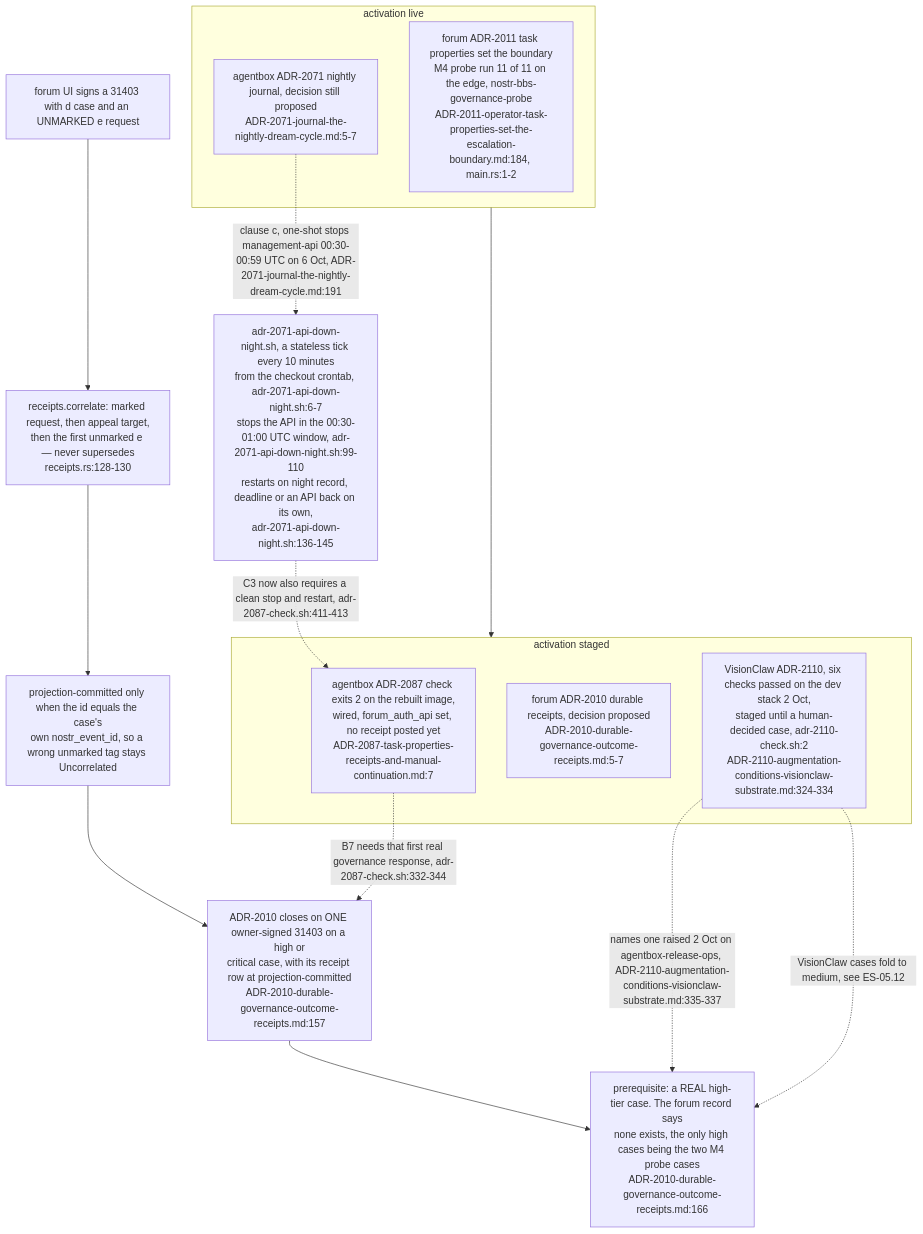
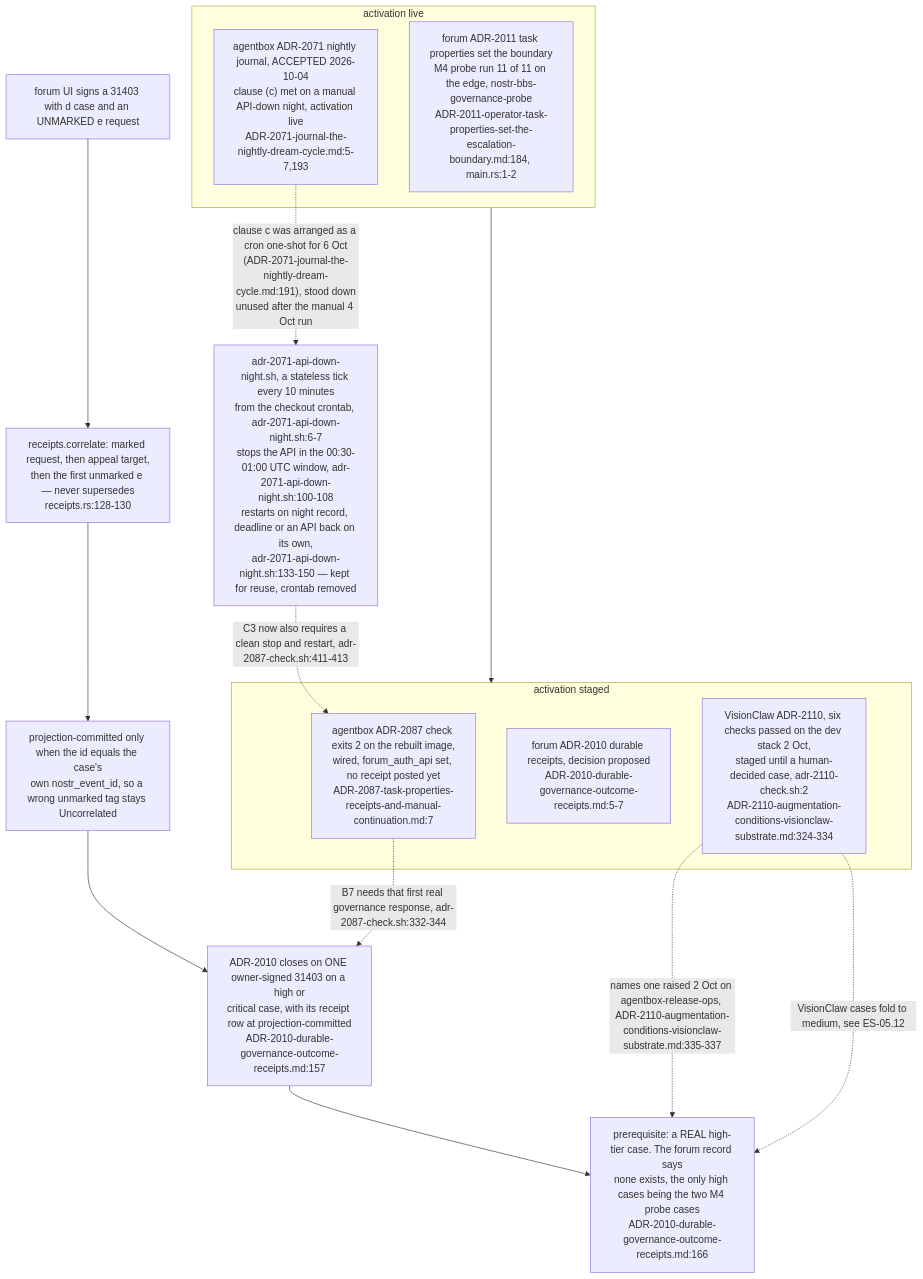
The tenth of 11 diagrams in docs/diagrams/estate/05-governance-loop-across-estate.md (DreamLab-AI/VisionFlow), drawn with Mermaid before and after one commit. The commit also changed other lines of this file and 111 other files, not shown here.

Commit message:
docs(diagrams): align estate maps with current source

````diff
--- a/docs/diagrams/estate/05-governance-loop-across-estate.md
+++ b/docs/diagrams/estate/05-governance-loop-across-estate.md
@@ -317,23 +319,23 @@
 ```mermaid
 flowchart TB
     subgraph LIVE["activation live"]
         F2011["forum ADR-2011 task properties set the boundary<br/>M4 probe run 11 of 11 on the edge, nostr-bbs-governance-probe<br/>ADR-2011-operator-task-properties-set-the-escalation-boundary.md:184, main.rs:1-2"]
-        A2071["agentbox ADR-2071 nightly journal, decision still proposed<br/>ADR-2071-journal-the-nightly-dream-cycle.md:5-7"]
+        A2071["agentbox ADR-2071 nightly journal, ACCEPTED 2026-10-04<br/>clause (c) met on a manual API-down night, activation live<br/>ADR-2071-journal-the-nightly-dream-cycle.md:5-7,193"]
     end
-    A2071 -.->|"clause c, one-shot stops management-api 00:30-00:59 UTC on 6 Oct, ADR-2071-journal-the-nightly-dream-cycle.md:191"| ONESHOT["adr-2071-api-down-night.sh, a stateless tick every 10 minutes<br/>from the checkout crontab, adr-2071-api-down-night.sh:6-7<br/>stops the API in the 00:30-01:00 UTC window, adr-2071-api-down-night.sh:99-110<br/>restarts on night record, deadline or an API back on its own,<br/>adr-2071-api-down-night.sh:136-145"]
+    A2071 -.->|"clause c was arranged as a cron one-shot for 6 Oct<br/>(ADR-2071-journal-the-nightly-dream-cycle.md:191), stood down<br/>unused after the manual 4 Oct run"| ONESHOT["adr-2071-api-down-night.sh, a stateless tick every 10 minutes<br/>from the checkout crontab, adr-2071-api-down-night.sh:6-7<br/>stops the API in the 00:30-01:00 UTC window, adr-2071-api-down-night.sh:100-108<br/>restarts on night record, deadline or an API back on its own,<br/>adr-2071-api-down-night.sh:133-150 — kept for reuse, crontab removed"]
     ONESHOT -.->|"C3 now also requires a clean stop and restart, adr-2087-check.sh:411-413"| A2087
     subgraph STAGED["activation staged"]
         A2087["agentbox ADR-2087 check exits 2 on the rebuilt image,<br/>wired, forum_auth_api set, no receipt posted yet<br/>ADR-2087-task-properties-receipts-and-manual-continuation.md:7"]
         F2010["forum ADR-2010 durable receipts, decision proposed<br/>ADR-2010-durable-governance-outcome-receipts.md:5-7"]
         V2110["VisionClaw ADR-2110, six checks passed on the dev stack 2 Oct,<br/>staged until a human-decided case, adr-2110-check.sh:2<br/>ADR-2110-augmentation-conditions-visionclaw-substrate.md:324-334"]
     end
     LIVE --> STAGED
 
     UI["forum UI signs a 31403 with d case and an UNMARKED e request"] --> COR["receipts.correlate: marked request, then appeal target,<br/>then the first unmarked e — never supersedes<br/>receipts.rs:128-130"]
     COR --> PROJ["projection-committed only when the id equals the case's<br/>own nostr_event_id, so a wrong unmarked tag stays Uncorrelated"]
     PROJ --> ACC["ADR-2010 closes on ONE owner-signed 31403 on a high or<br/>critical case, with its receipt row at projection-committed<br/>ADR-2010-durable-governance-outcome-receipts.md:157"]
     ACC --> NOCASE["prerequisite: a REAL high-tier case. The forum record says<br/>none exists, the only high cases being the two M4 probe cases<br/>ADR-2010-durable-governance-outcome-receipts.md:166"]
     V2110 -.->|"names one raised 2 Oct on agentbox-release-ops, ADR-2110-augmentation-conditions-visionclaw-substrate.md:335-337"| NOCASE
     V2110 -.->|"VisionClaw cases fold to medium, see ES-05.12"| NOCASE
     A2087 -.->|"B7 needs that first real governance response, adr-2087-check.sh:332-344"| ACC
 ```
````
